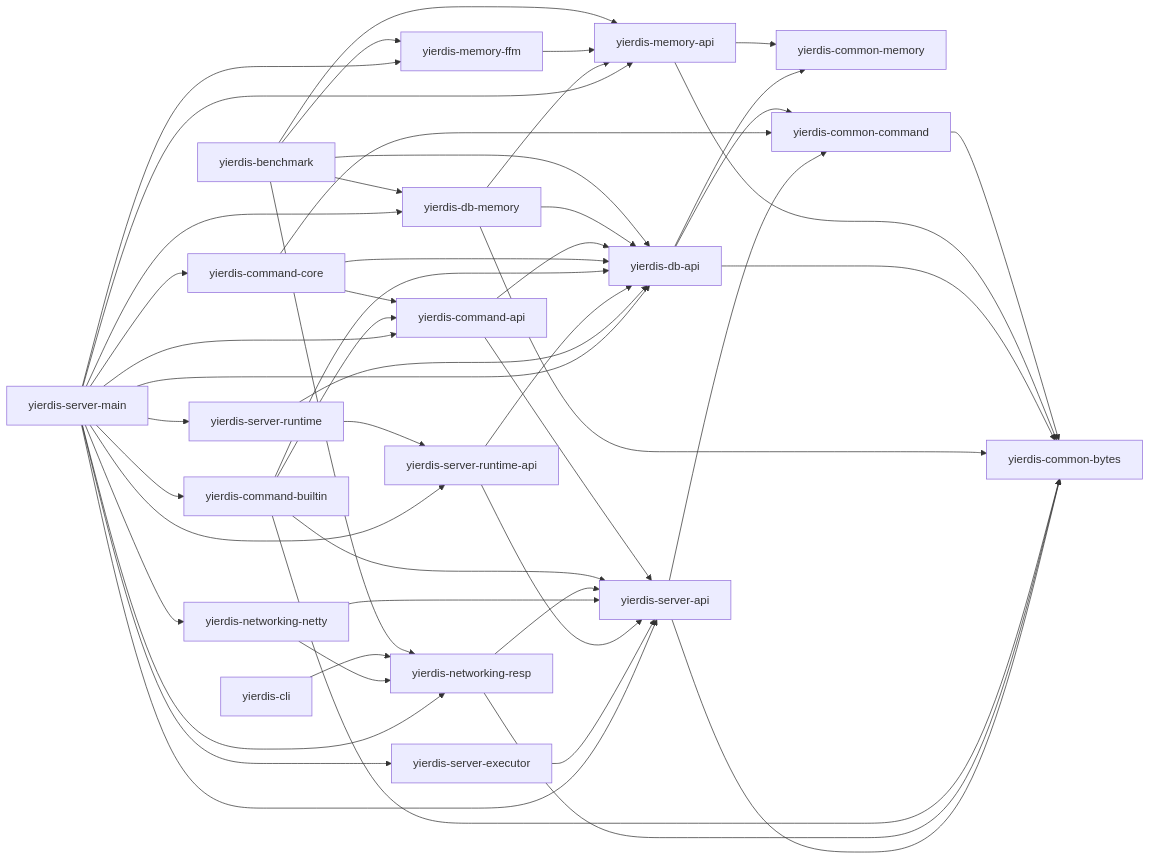
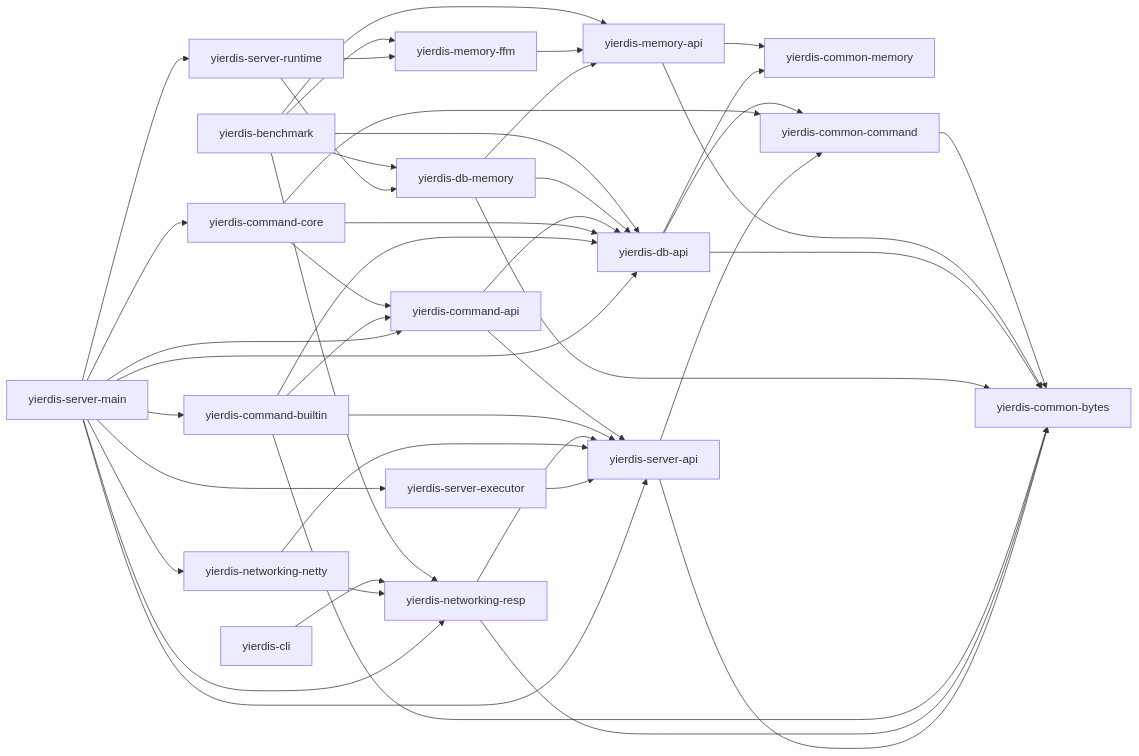
One commit to skt-shinyruo/Yierdis changed the diagram in docs/project-docs/module-architecture.md. Above: the diagram before and after it, drawn with Mermaid. The commit also changed other lines of this file and 172 other files, not shown here.

````diff
--- a/docs/project-docs/module-architecture.md
+++ b/docs/project-docs/module-architecture.md
@@ -9,79 +9,72 @@
 ```mermaid
 flowchart LR
   serverMain["yierdis-server-main"]
   serverExecutor["yierdis-server-executor"]
   serverRuntime["yierdis-server-runtime"]
-  serverRuntimeApi["yierdis-server-runtime-api"]
   serverApi["yierdis-server-api"]
   netty["yierdis-networking-netty"]
   resp["yierdis-networking-resp"]
   commandBuiltin["yierdis-command-builtin"]
   commandCore["yierdis-command-core"]
   commandApi["yierdis-command-api"]
   dbMemory["yierdis-db-memory"]
   dbApi["yierdis-db-api"]
   memoryFfm["yierdis-memory-ffm"]
   memoryApi["yierdis-memory-api"]
   commonBytes["yierdis-common-bytes"]
   commonMemory["yierdis-common-memory"]
   commonCommand["yierdis-common-command"]
   cli["yierdis-cli"]
   benchmark["yierdis-benchmark"]
 
   serverMain --> serverApi
   serverMain --> dbApi
-  serverMain --> dbMemory
   serverMain --> commandApi
   serverMain --> commandCore
   serverMain --> commandBuiltin
   serverMain --> resp
   serverMain --> netty
   serverMain --> serverRuntime
-  serverMain --> serverRuntimeApi
   serverMain --> serverExecutor
-  serverMain --> memoryFfm
-  serverMain --> memoryApi
 
   serverExecutor --> serverApi
   serverApi --> commonBytes
   serverApi --> commonCommand
 
-  serverRuntime --> dbApi
-  serverRuntime --> serverRuntimeApi
-  serverRuntimeApi --> serverApi
-  serverRuntimeApi --> dbApi
+  serverRuntime --> dbMemory
+  serverRuntime --> memoryFfm
 
   netty --> resp
   netty --> serverApi
   resp --> commonBytes
   resp --> serverApi
 
   commandBuiltin --> commandApi
   commandBuiltin --> serverApi
   commandBuiltin --> dbApi
   commandBuiltin --> commonBytes
   commandCore --> commandApi
   commandCore --> dbApi
   commandCore --> commonCommand
   commandApi --> serverApi
   commandApi --> dbApi
 
   dbMemory --> dbApi
   dbMemory --> commonBytes
   dbMemory --> memoryApi
   dbApi --> commonBytes
   dbApi --> commonMemory
   dbApi --> commonCommand
 
   memoryFfm --> memoryApi
   memoryApi --> commonMemory
   memoryApi --> commonBytes
   commonCommand --> commonBytes
 
   cli --> resp
   benchmark --> dbMemory
   benchmark --> dbApi
   benchmark --> memoryApi
   benchmark --> memoryFfm
   benchmark --> resp
 ```
````
